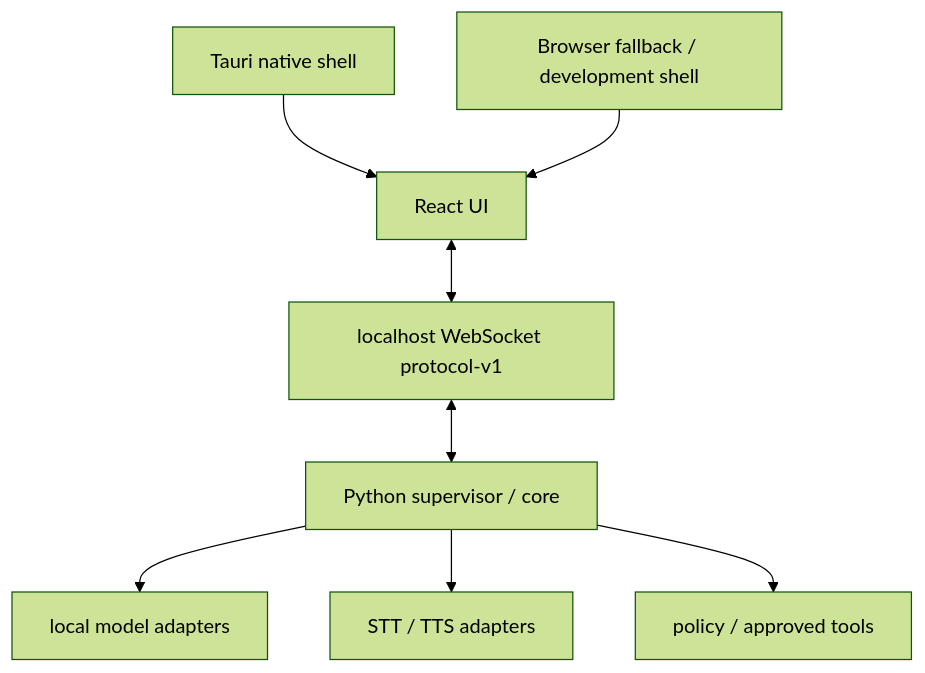
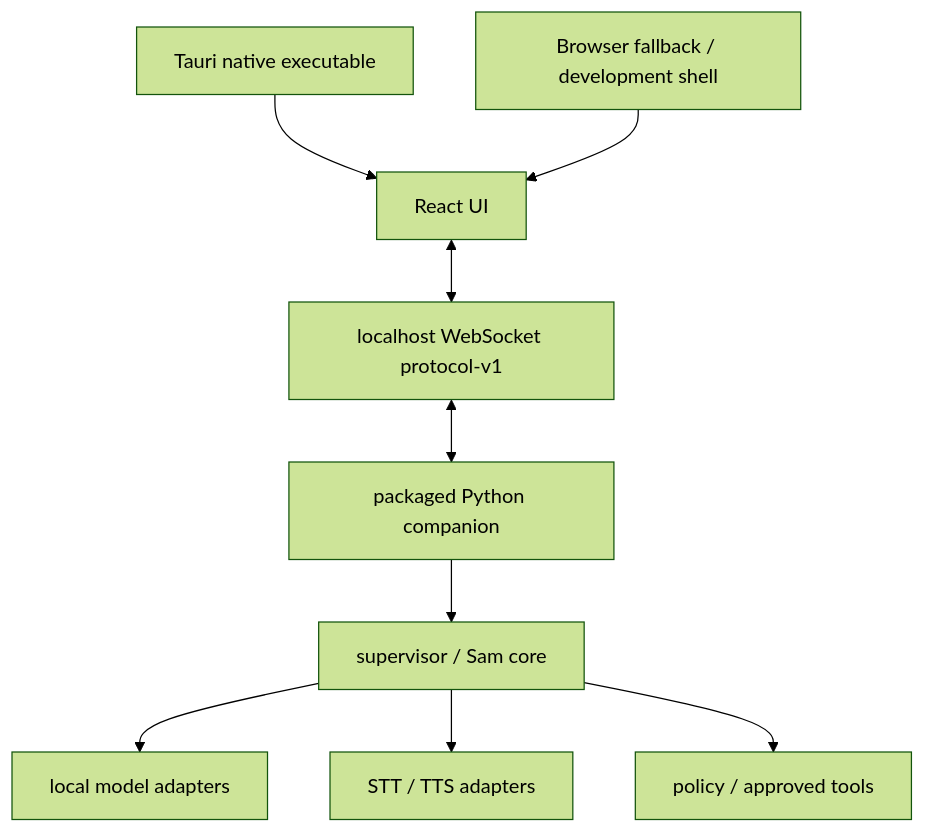
Before and after one commit to AlfonsoFR2020/sam-ambient: the diagram in docs/ARCHITECTURE.md, drawn with Mermaid (forest theme). The commit also changed other lines of this file and 13 other files, not shown here.

Commit message:
build: bundle native Sam companion

````diff
--- a/docs/ARCHITECTURE.md
+++ b/docs/ARCHITECTURE.md
@@ -123,10 +123,11 @@
 ```mermaid
 flowchart TD
-    Tauri[Tauri native shell] --> React[React UI]
+    Tauri[Tauri native executable] --> React[React UI]
     Browser[Browser fallback / development shell] --> React
     React <--> WS[localhost WebSocket protocol-v1]
-    WS <--> Python[Python supervisor / core]
-    Python --> Models[local model adapters]
-    Python --> Voice[STT / TTS adapters]
-    Python --> Policy[policy / approved tools]
+    WS <--> Companion[packaged Python companion]
+    Companion --> Supervisor[supervisor / Sam core]
+    Supervisor --> Models[local model adapters]
+    Supervisor --> Voice[STT / TTS adapters]
+    Supervisor --> Policy[policy / approved tools]
 ```
````
